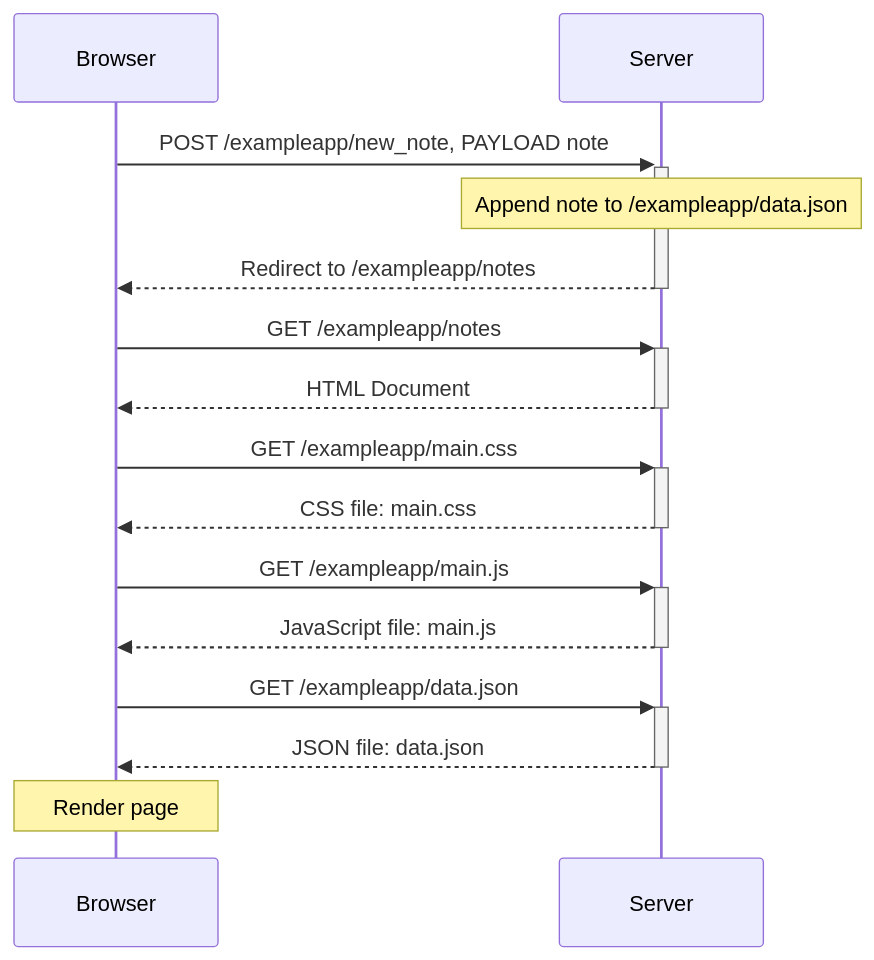
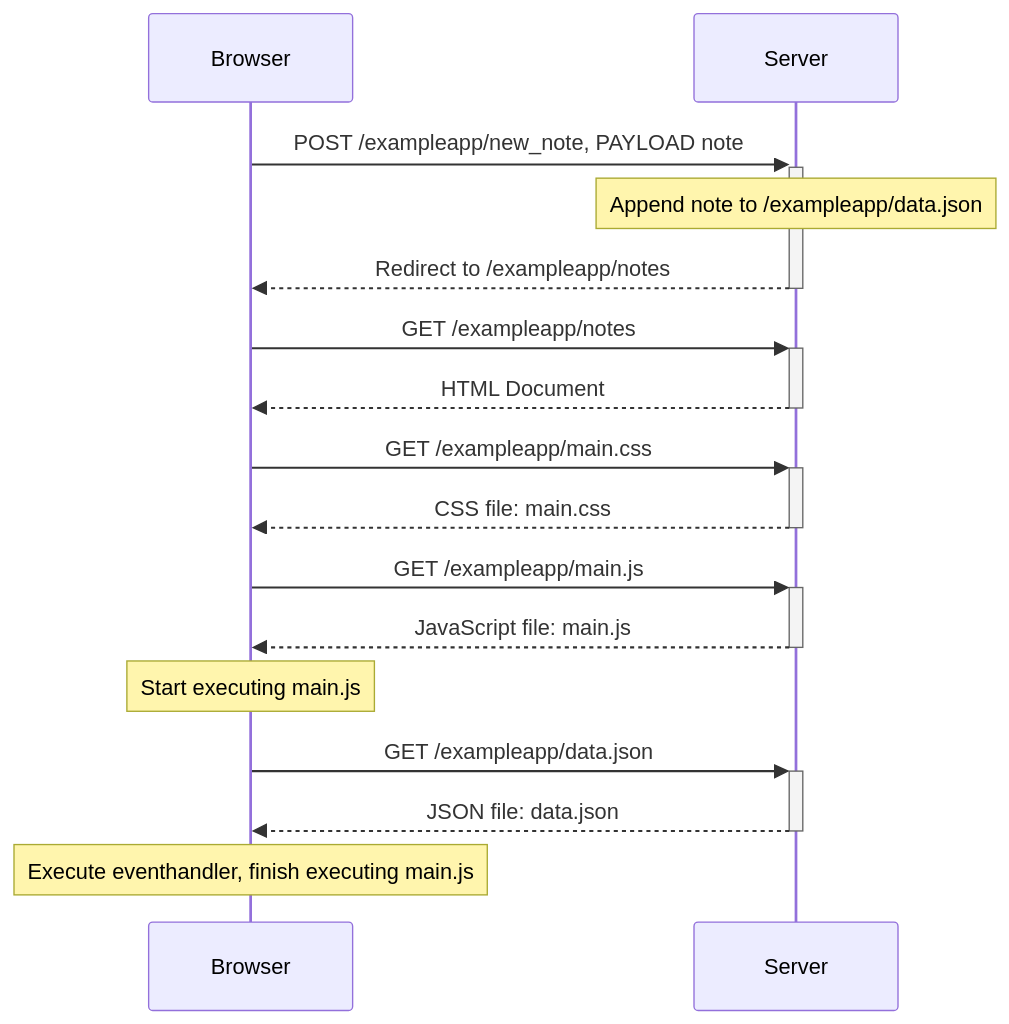
Before and after one commit to eemeli3/fullstack_tehtavat: the diagram in osa0/osa0_tehtavat.md, drawn with Mermaid.

````diff
--- a/osa0/osa0_tehtavat.md
+++ b/osa0/osa0_tehtavat.md
@@ -1,17 +1,18 @@
 ```mermaid
 sequenceDiagram;
     participant A as Browser;
     participant B as Server;
     A->>+B: POST /exampleapp/new_note, PAYLOAD note;
     Note over B: Append note to /exampleapp/data.json
     B-->>-A: Redirect to /exampleapp/notes;
     A->>+B: GET /exampleapp/notes
     B-->>-A: HTML Document
     A->>+B: GET /exampleapp/main.css
     B-->>-A: CSS file: main.css
     A->>+B: GET /exampleapp/main.js
     B-->>-A: JavaScript file: main.js
+    Note over A: Start executing main.js
     A->>+B: GET /exampleapp/data.json
     B-->>-A: JSON file: data.json
-    Note over A: Render page
+    Note over A: Execute eventhandler, finish executing main.js
 ```
````
